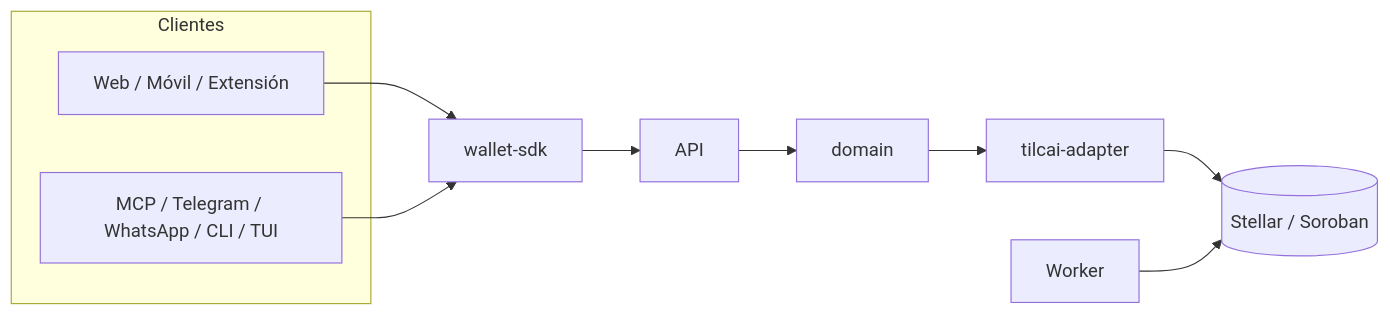
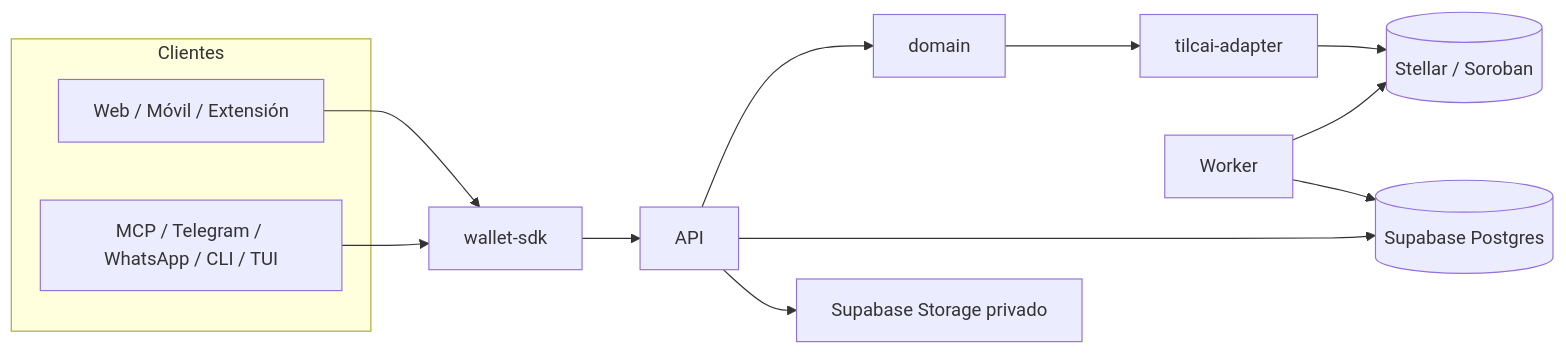
The diagram in README.md (TilcAI-Wallet/tilcai-wallet), drawn with Mermaid before and after one commit. The commit also changed other lines of this file and 13 other files, not shown here.

Commit message:
docs: apply architecture audit and select Supabase persistence

````diff
--- a/README.md
+++ b/README.md
@@ -33,14 +35,17 @@
 ```mermaid
 flowchart LR
   subgraph Clientes
     W[Web / Móvil / Extensión]
     C[MCP / Telegram / WhatsApp / CLI / TUI]
   end
   W --> SDK[wallet-sdk]
   C --> SDK
   SDK --> API[API]
   API --> D[domain]
+  API --> PG[(Supabase Postgres)]
+  API --> Storage[Supabase Storage privado]
   D --> AD[tilcai-adapter]
   AD --> ST[(Stellar / Soroban)]
   WK[Worker] --> ST
+  WK --> PG
 ```
````
